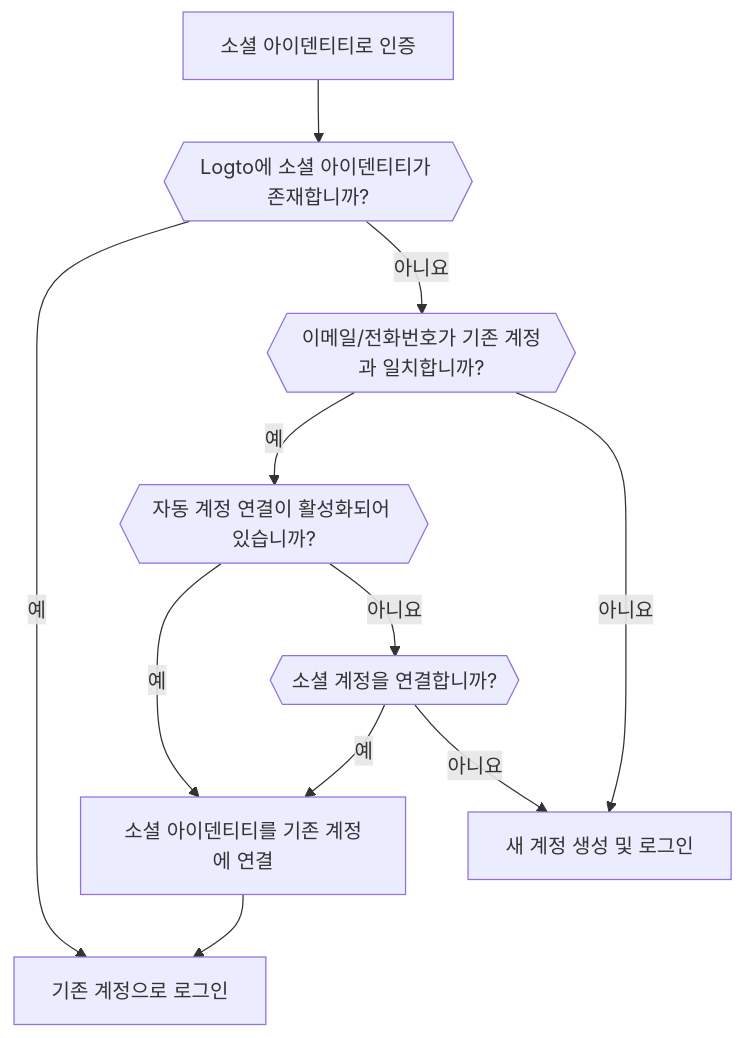
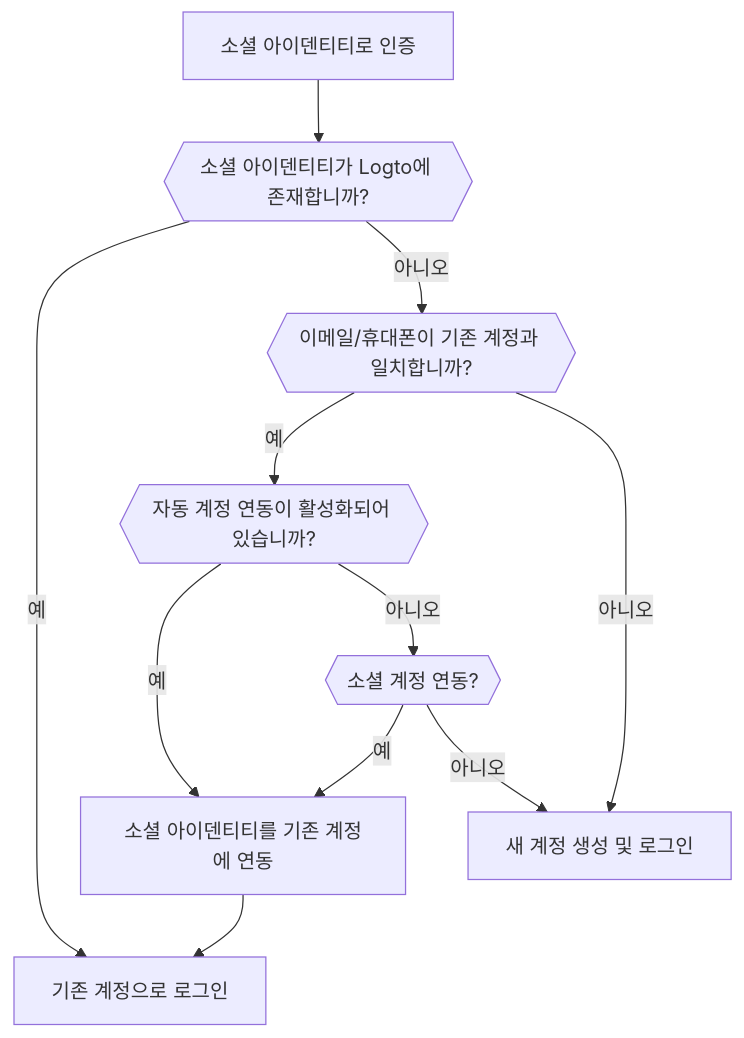
The second of 6 diagrams in i18n/ko/docusaurus-plugin-content-docs/current/end-user-flows/sign-up-and-sign-in/social-sign-in.mdx (logto-io/docs), drawn with Mermaid before and after one commit. The commit also changed other lines of this file and 59 other files, not shown here.

````diff
--- a/i18n/ko/docusaurus-plugin-content-docs/current/end-user-flows/sign-up-and-sign-in/social-sign-in.mdx
+++ b/i18n/ko/docusaurus-plugin-content-docs/current/end-user-flows/sign-up-and-sign-in/social-sign-in.mdx
@@ -112,13 +86,13 @@
     ```mermaid
     flowchart TD
-    A[소셜 아이덴티티로 인증] --> B{{Logto에 소셜 아이덴티티가 존재합니까?}}
+    A[소셜 아이덴티티로 인증] --> B{{소셜 아이덴티티가 Logto에 존재합니까?}}
     B -- 예 --> C[기존 계정으로 로그인]
-    B -- 아니요 --> D{{이메일/전화번호가 기존 계정과 일치합니까?}}
-    D -- 예 --> E{{자동 계정 연결이 활성화되어 있습니까?}}
-    E -- 예 --> G[소셜 아이덴티티를 기존 계정에 연결]
+    B -- 아니오 --> D{{이메일/휴대폰이 기존 계정과 일치합니까?}}
+    D -- 예 --> E{{자동 계정 연동이 활성화되어 있습니까?}}
+    E -- 예 --> G[소셜 아이덴티티를 기존 계정에 연동]
     G --> C
-    D -- 아니요 --> H[새 계정 생성 및 로그인]
-    E -- 아니요 --> I{{소셜 계정을 연결합니까?}}
+    D -- 아니오 --> H[새 계정 생성 및 로그인]
+    E -- 아니오 --> I{{소셜 계정 연동?}}
     I -- 예 --> G
-    I -- 아니요 --> H
+    I -- 아니오 --> H
     ```
````
